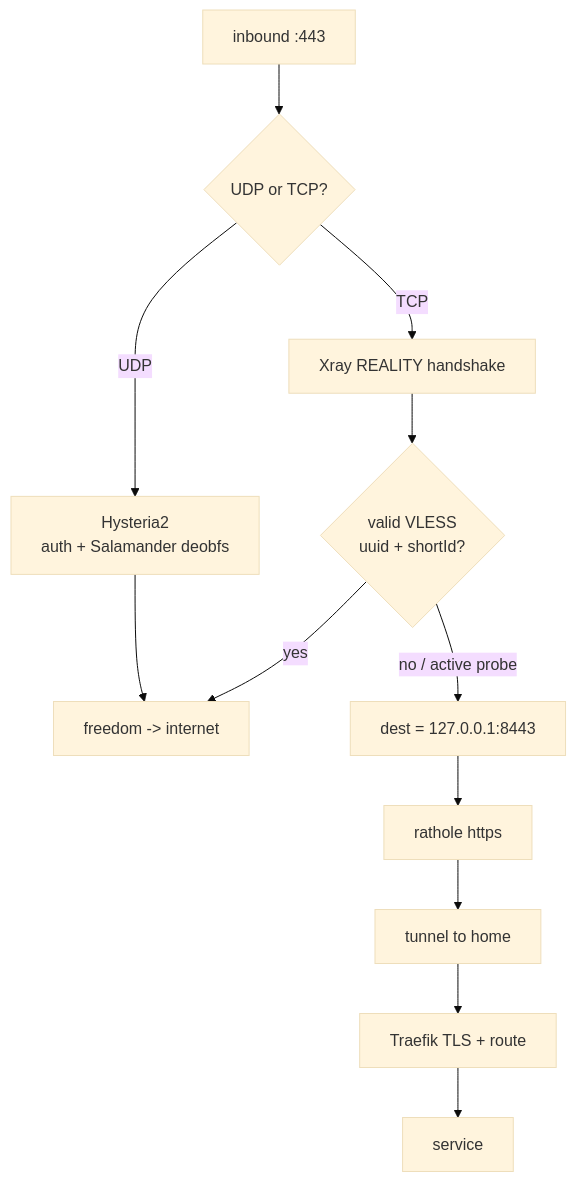
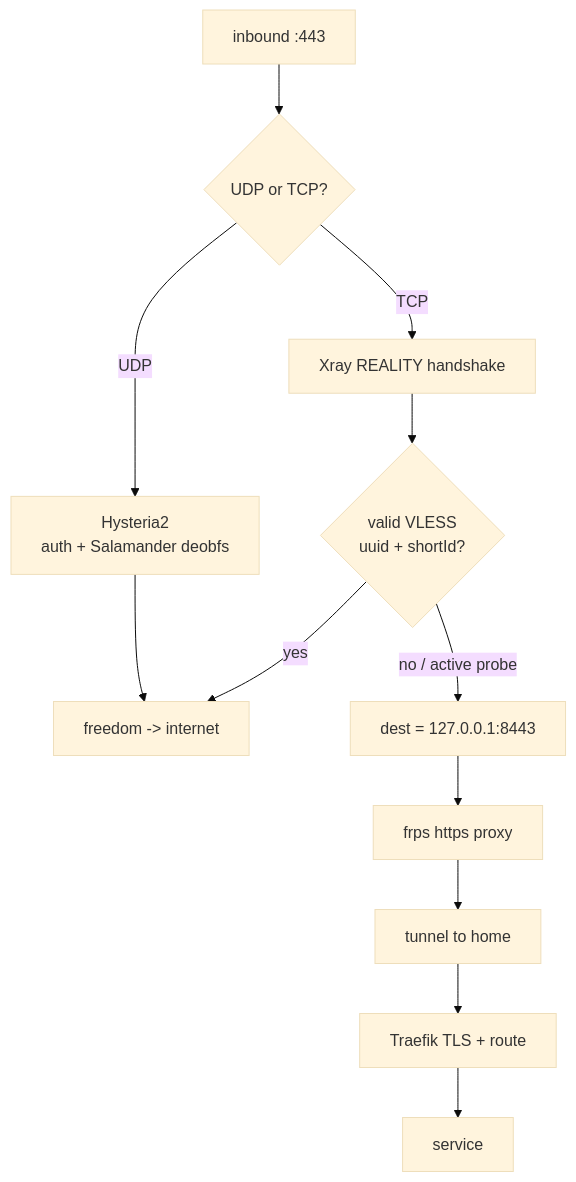
One commit to radiosilence/jaritanet changed the third of 6 diagrams in docs/architecture.md. Above: the diagram before and after it, drawn with Mermaid (base theme). The commit also changed other lines of this file and 12 other files, not shown here.

First line of the commit message:
feat(tunnel): replace rathole with frp (TCP + UDP everywhere) (#74)

````diff
--- a/docs/architecture.md
+++ b/docs/architecture.md
@@ -123,10 +129,10 @@
 ```mermaid
 flowchart TD
     IN["inbound :443"] --> PROTO{"UDP or TCP?"}
     PROTO -->|UDP| HY["Hysteria2<br/>auth + Salamander deobfs"] --> OUT["freedom -> internet"]
     PROTO -->|TCP| XR["Xray REALITY handshake"]
     XR --> MATCH{"valid VLESS<br/>uuid + shortId?"}
     MATCH -->|yes| OUT
     MATCH -->|"no / active probe"| DEST["dest = 127.0.0.1:8443"]
-    DEST --> RH["rathole https"] --> TUN["tunnel to home"] --> TR["Traefik TLS + route"] --> SVC["service"]
+    DEST --> RH["frps https proxy"] --> TUN["tunnel to home"] --> TR["Traefik TLS + route"] --> SVC["service"]
 ```
````
